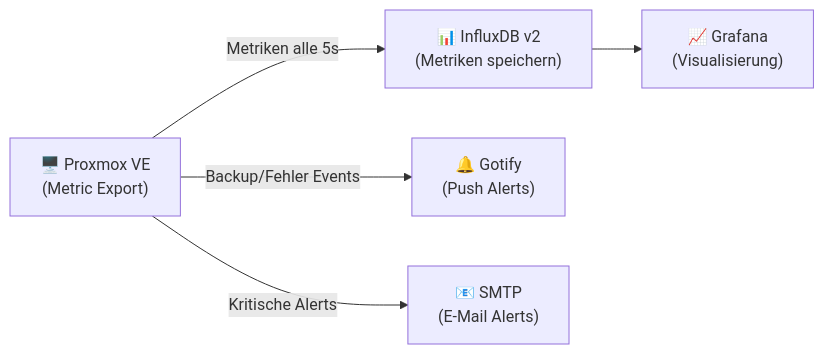
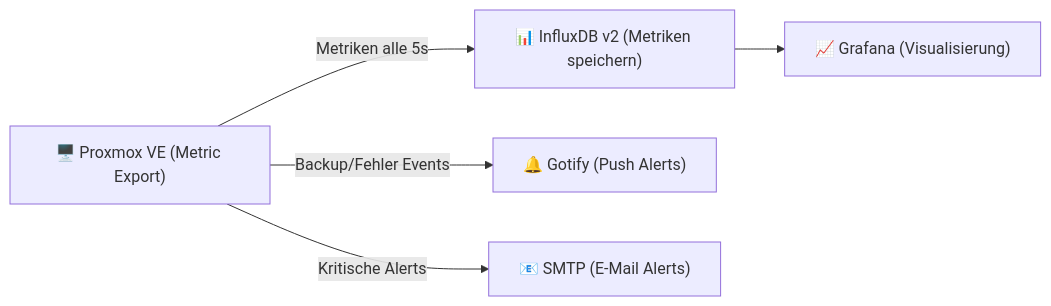
Before and after one commit to SoniiiT/notes-n-docs: the diagram in Virtualization/Proxmox/Betrieb/Proxmox Monitoring.md, drawn with Mermaid. The commit also changed 124 other files, not shown here.

First line of the commit message:
fix: Entferne \n aus allen Mermaid-Diagrammen (125 Dateien)

````diff
--- a/Virtualization/Proxmox/Betrieb/Proxmox Monitoring.md
+++ b/Virtualization/Proxmox/Betrieb/Proxmox Monitoring.md
@@ -400,13 +400,13 @@
 ```mermaid
 graph LR
-    PVE["🖥️ Proxmox VE\n(Metric Export)"]
-    INFLUX["📊 InfluxDB v2\n(Metriken speichern)"]
-    GRAFANA["📈 Grafana\n(Visualisierung)"]
-    GOTIFY["🔔 Gotify\n(Push Alerts)"]
-    SMTP["📧 SMTP\n(E-Mail Alerts)"]
+    PVE["🖥️ Proxmox VE (Metric Export)"]
+    INFLUX["📊 InfluxDB v2 (Metriken speichern)"]
+    GRAFANA["📈 Grafana (Visualisierung)"]
+    GOTIFY["🔔 Gotify (Push Alerts)"]
+    SMTP["📧 SMTP (E-Mail Alerts)"]
 
     PVE -->|"Metriken alle 5s"| INFLUX
     PVE -->|"Backup/Fehler Events"| GOTIFY
     PVE -->|"Kritische Alerts"| SMTP
     INFLUX --> GRAFANA
 ```
````
